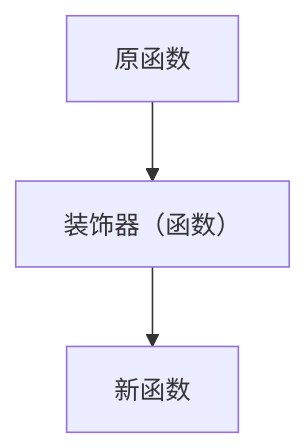
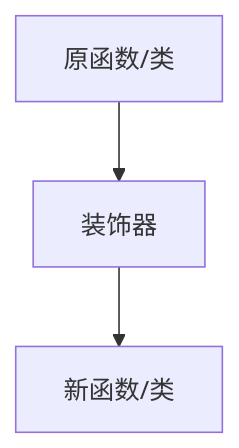
The diagram in contents/python/decorator.mdx (dingshaohua-com/docs), drawn with Mermaid before and after one commit. The commit also changed other lines of this file and 3 other files, not shown here.

````diff
--- a/contents/python/decorator.mdx
+++ b/contents/python/decorator.mdx
@@ -8,4 +11,4 @@
 ```mermaid
 graph TD
-    A[原函数] --> B[装饰器（函数）] --> C[新函数]
+    A[原函数/类] --> B[装饰器] --> C[新函数/类]
 ```
````
